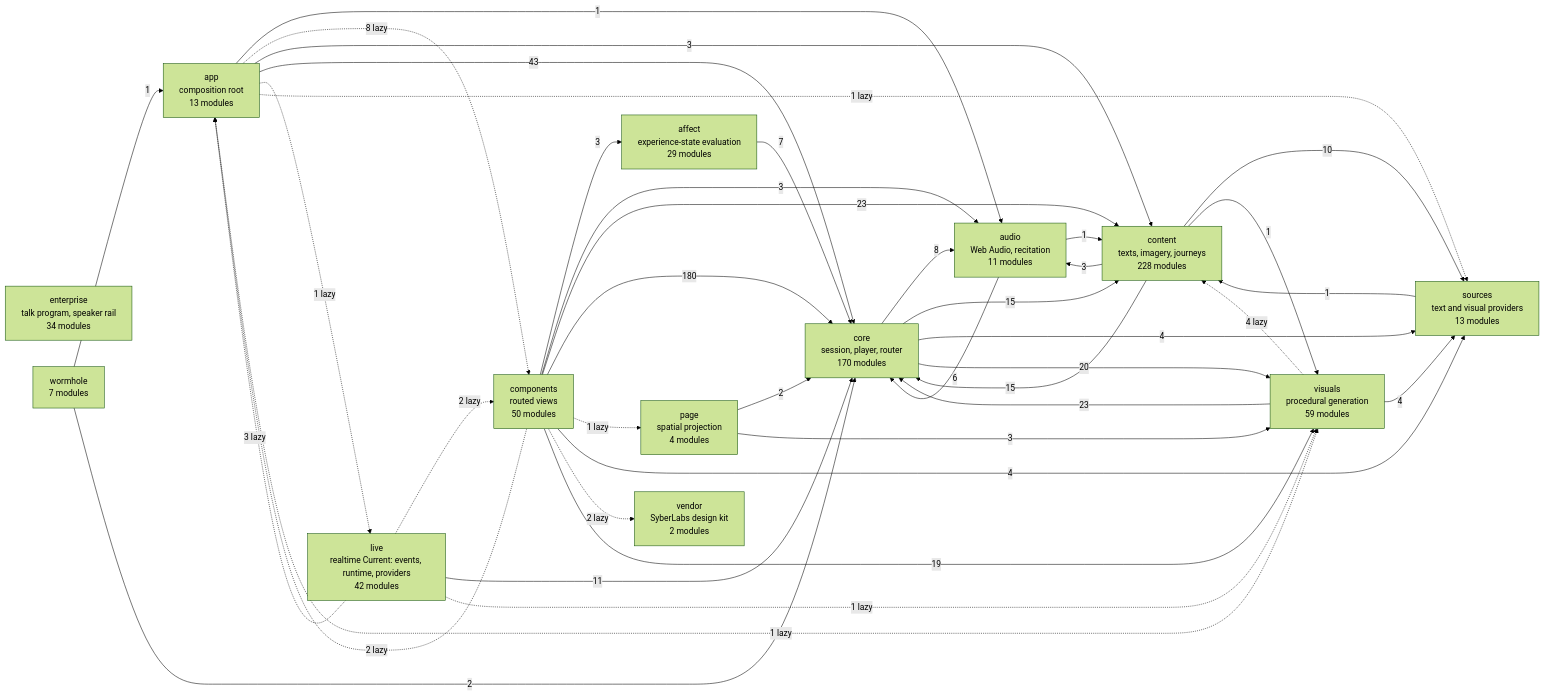
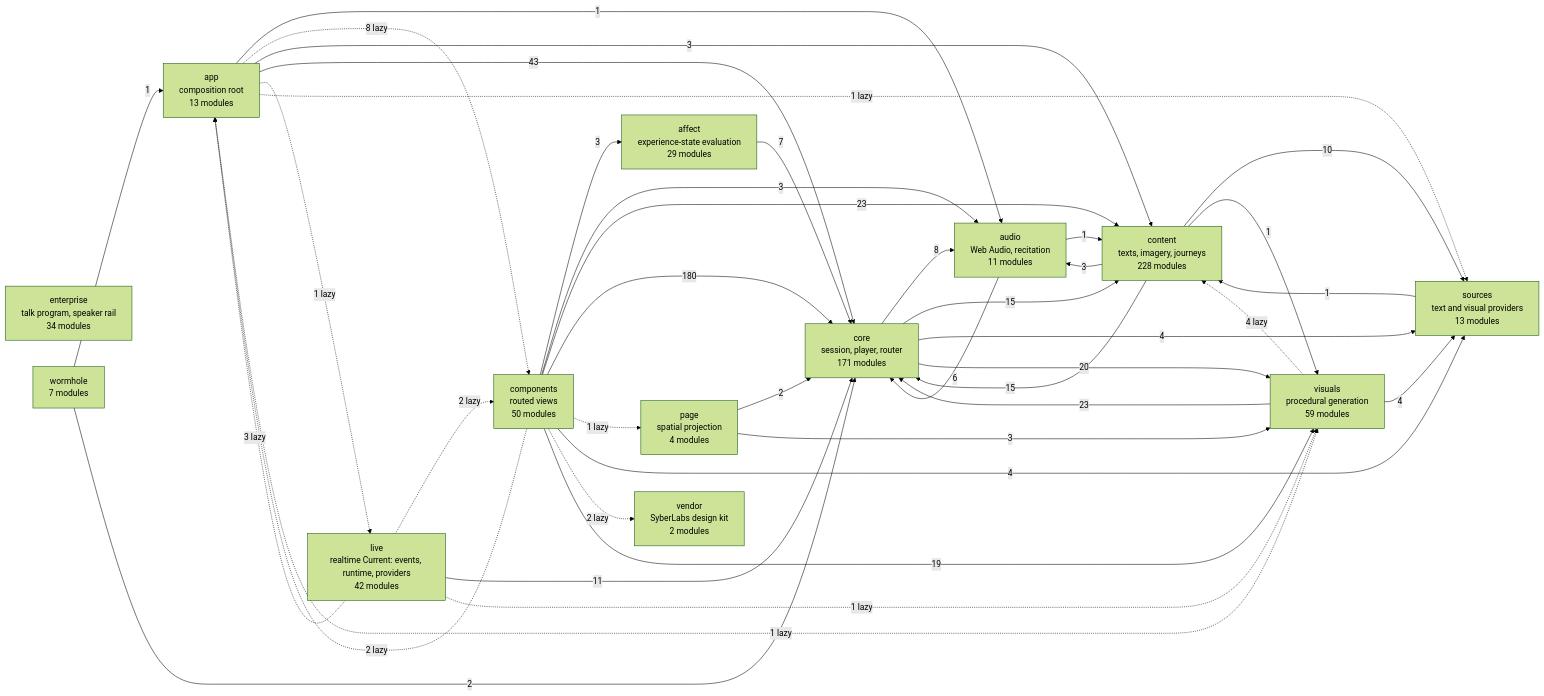
Before and after one commit to SyberLabs/RISE: the diagram in docs/specs/ARCHITECTURE.md, drawn with Mermaid (forest theme).

Commit message:
Regenerate the architecture diagram for the looks module

````diff
--- a/docs/specs/ARCHITECTURE.md
+++ b/docs/specs/ARCHITECTURE.md
@@ -154,56 +154,56 @@
 ```mermaid
 flowchart LR
     affect["affect<br/>experience-state evaluation<br/>29 modules"]
     app["app<br/>composition root<br/>13 modules"]
     audio["audio<br/>Web Audio, recitation<br/>11 modules"]
     components["components<br/>routed views<br/>50 modules"]
     content["content<br/>texts, imagery, journeys<br/>228 modules"]
-    core["core<br/>session, player, router<br/>170 modules"]
+    core["core<br/>session, player, router<br/>171 modules"]
     enterprise["enterprise<br/>talk program, speaker rail<br/>34 modules"]
     live["live<br/>realtime Current: events, runtime, providers<br/>42 modules"]
     page["page<br/>spatial projection<br/>4 modules"]
     sources["sources<br/>text and visual providers<br/>13 modules"]
     vendor["vendor<br/>SyberLabs design kit<br/>2 modules"]
     visuals["visuals<br/>procedural generation<br/>59 modules"]
     wormhole["wormhole<br/>7 modules"]
 
     affect --> |7| core
     app --> |1| audio
     app -.-> |8 lazy| components
     app --> |3| content
     app --> |43| core
     app -.-> |1 lazy| live
     app -.-> |1 lazy| sources
     app -.-> |1 lazy| visuals
     audio --> |1| content
     audio --> |6| core
     components --> |3| affect
     components -.-> |2 lazy| app
     components --> |3| audio
     components --> |23| content
     components --> |180| core
     components -.-> |1 lazy| page
     components --> |4| sources
     components -.-> |2 lazy| vendor
     components --> |19| visuals
     content --> |3| audio
     content --> |15| core
     content --> |10| sources
     content --> |1| visuals
     core --> |8| audio
     core --> |15| content
     core --> |4| sources
     core --> |20| visuals
     live -.-> |3 lazy| app
     live -.-> |2 lazy| components
     live --> |11| core
     live -.-> |1 lazy| visuals
     page --> |2| core
     page --> |3| visuals
     sources --> |1| content
     visuals -.-> |4 lazy| content
     visuals --> |23| core
     visuals --> |4| sources
     wormhole --> |1| app
     wormhole --> |2| core
 ```
````
